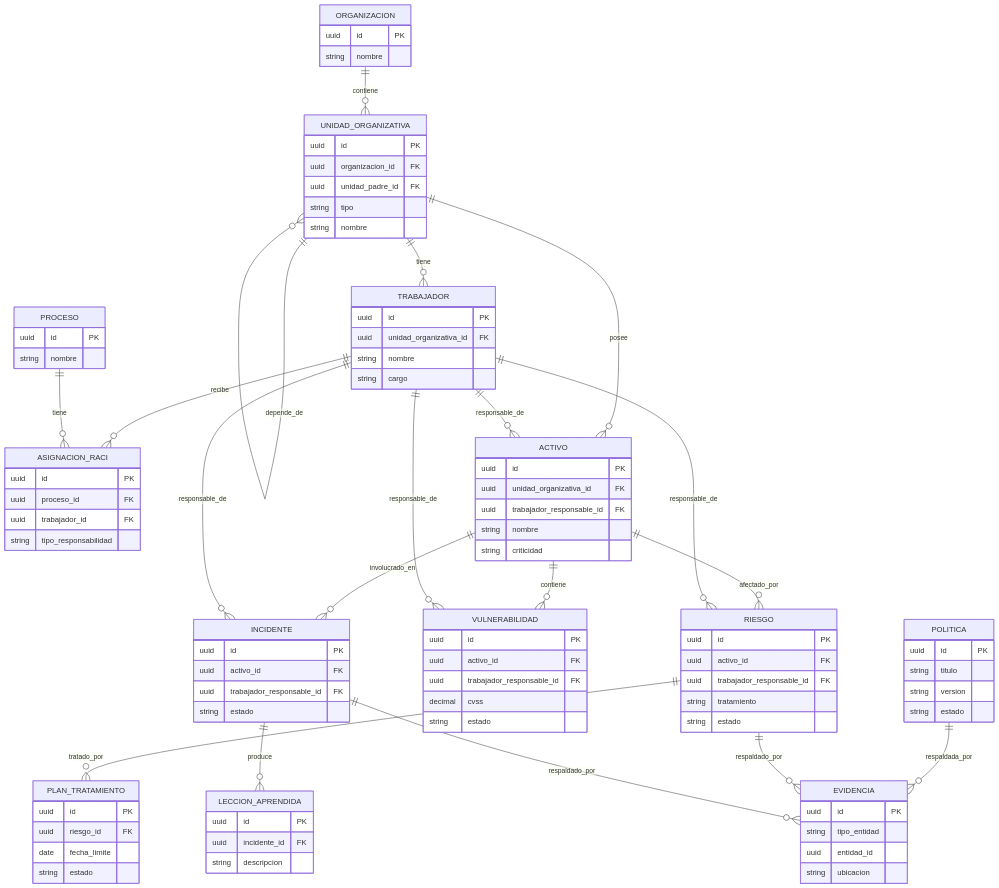
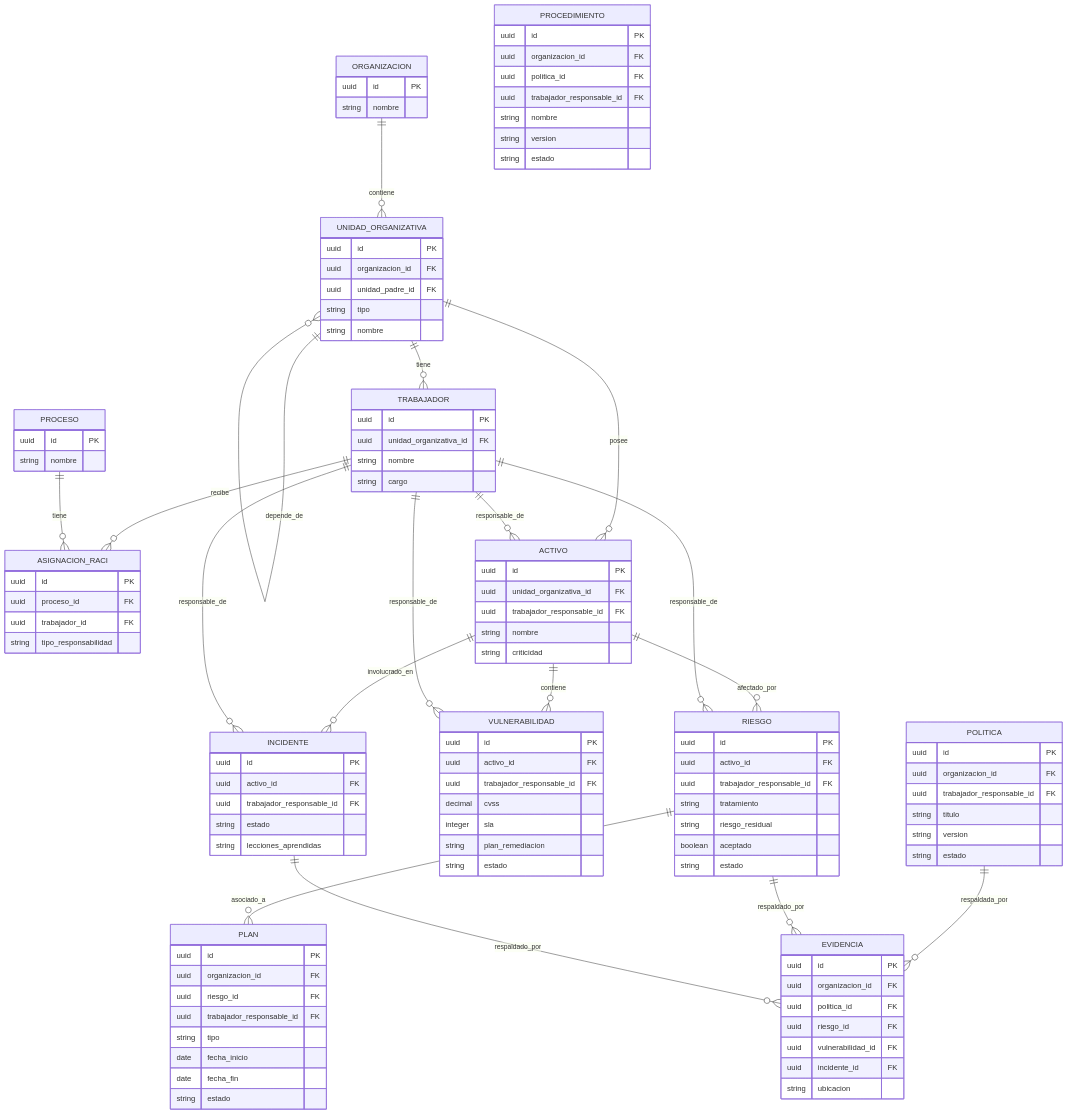
Before and after one commit to DieAndres/sistema-rsi: the third of 3 diagrams in docs/00-arquitectura.md, drawn with Mermaid. The commit also changed other lines of this file and 5 other files, not shown here.

````diff
--- a/docs/00-arquitectura.md
+++ b/docs/00-arquitectura.md
@@ -88,12 +119,11 @@
     TRABAJADOR ||--o{ ACTIVO : responsable_de
     ACTIVO ||--o{ RIESGO : afectado_por
     TRABAJADOR ||--o{ RIESGO : responsable_de
-    RIESGO ||--o{ PLAN_TRATAMIENTO : tratado_por
+    RIESGO ||--o{ PLAN : asociado_a
     ACTIVO ||--o{ VULNERABILIDAD : contiene
     TRABAJADOR ||--o{ VULNERABILIDAD : responsable_de
     ACTIVO ||--o{ INCIDENTE : involucrado_en
     TRABAJADOR ||--o{ INCIDENTE : responsable_de
-    INCIDENTE ||--o{ LECCION_APRENDIDA : produce
     POLITICA ||--o{ EVIDENCIA : respaldada_por
     RIESGO ||--o{ EVIDENCIA : respaldado_por
     INCIDENTE ||--o{ EVIDENCIA : respaldado_por
@@ -137,12 +167,8 @@
         uuid activo_id FK
         uuid trabajador_responsable_id FK
         string tratamiento
-        string estado
-    }
-    PLAN_TRATAMIENTO {
-        uuid id PK
-        uuid riesgo_id FK
-        date fecha_limite
+        string riesgo_residual
+        boolean aceptado
         string estado
     }
     VULNERABILIDAD {
@@ -150,6 +176,8 @@
         uuid activo_id FK
         uuid trabajador_responsable_id FK
         decimal cvss
+        integer sla
+        string plan_remediacion
         string estado
     }
     INCIDENTE {
@@ -157,22 +185,43 @@
         uuid activo_id FK
         uuid trabajador_responsable_id FK
         string estado
-    }
-    LECCION_APRENDIDA {
-        uuid id PK
-        uuid incidente_id FK
-        string descripcion
+        string lecciones_aprendidas
     }
     POLITICA {
         uuid id PK
+        uuid organizacion_id FK
+        uuid trabajador_responsable_id FK
         string titulo
+        string version
+        string estado
+    }
+    PROCEDIMIENTO {
+        uuid id PK
+        uuid organizacion_id FK
+        uuid politica_id FK
+        uuid trabajador_responsable_id FK
+        string nombre
         string version
         string estado
     }
     EVIDENCIA {
         uuid id PK
-        string tipo_entidad
-        uuid entidad_id
+        uuid organizacion_id FK
+        uuid politica_id FK
+        uuid riesgo_id FK
+        uuid vulnerabilidad_id FK
+        uuid incidente_id FK
         string ubicacion
     }
+
+    PLAN {
+        uuid id PK
+        uuid organizacion_id FK
+        uuid riesgo_id FK
+        uuid trabajador_responsable_id FK
+        string tipo
+        date fecha_inicio
+        date fecha_fin
+        string estado
+    }
 ```
````
